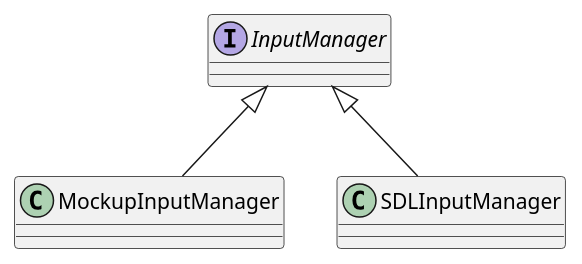
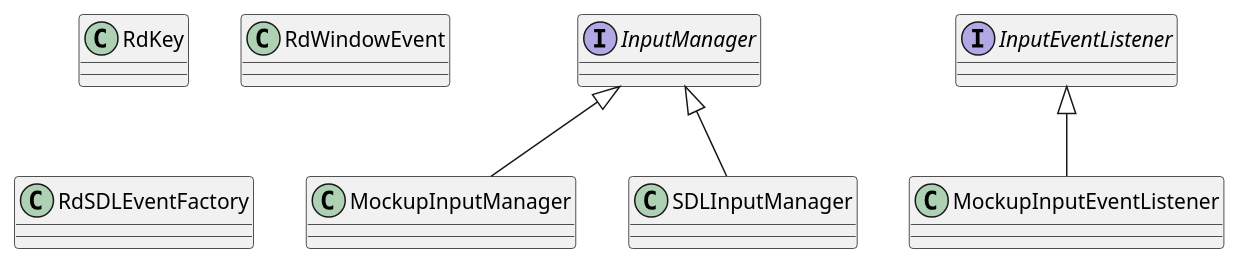
Before and after one commit to asrob-uc3m/robotDevastation-developer-manual: the diagram in en/input-management.md, drawn with PlantUML.

Commit message:
Updates en/input-management.md
Auto commit by GitBook Editor

```diff
--- a/en/input-management.md
+++ b/en/input-management.md
@@ -10,9 +10,21 @@
 {% plantuml %}
 interface InputManager
 
 Class MockupInputManager
 
 InputManager <|-- MockupInputManager
 
 InputManager <|-- SDLInputManager
+
+interface InputEventListener
+
+class MockupInputEventListener
+
+InputEventListener <|-- MockupInputEventListener
+
+class RdKey
+
+class RdWindowEvent
+
+class RdSDLEventFactory
 {% endplantuml %}
```
